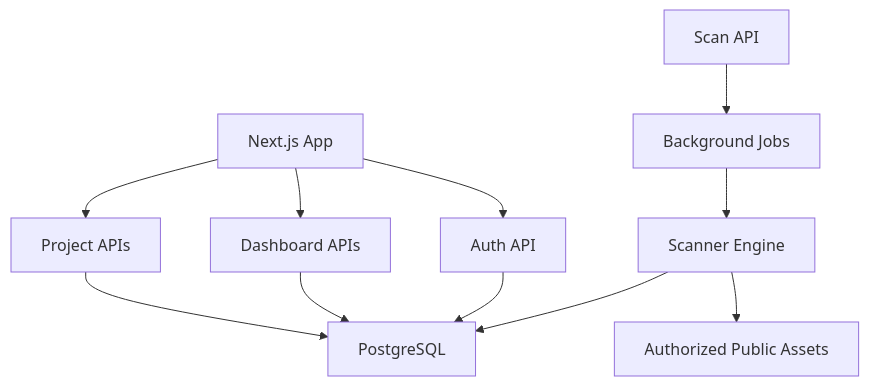
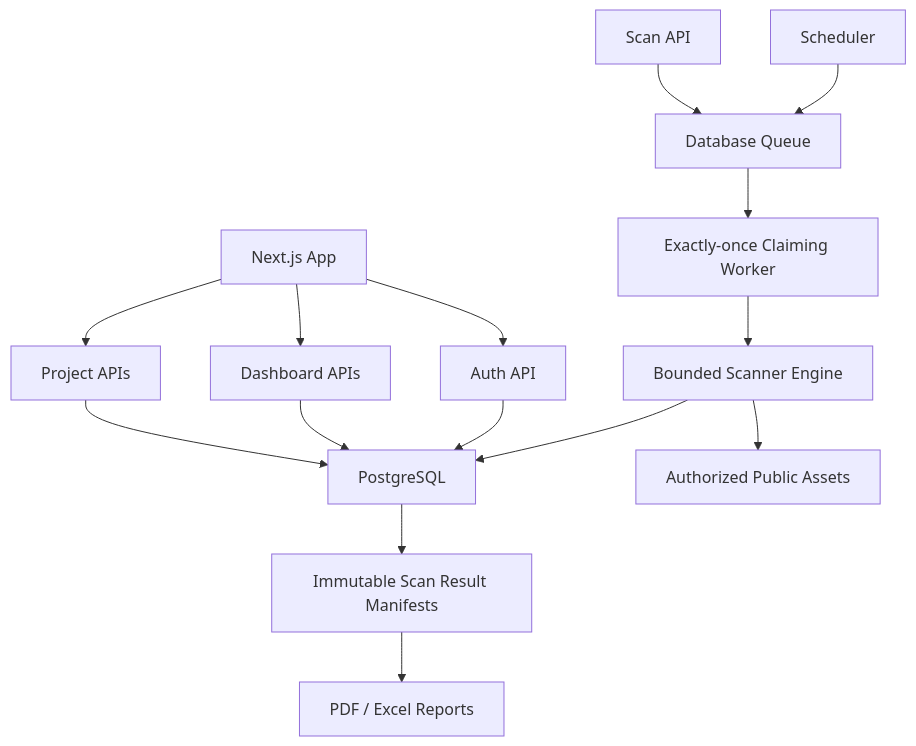
Before and after one commit to Ayaan-22/SurfaceWatch: the diagram in docs/ARCHITECTURE.md, drawn with Mermaid. The commit also changed other lines of this file and 57 other files, not shown here.

First line of the commit message:
v2.0 Add atomic worker claiming and immutable manifests

````diff
--- a/docs/ARCHITECTURE.md
+++ b/docs/ARCHITECTURE.md
@@ -5,13 +5,17 @@
 ```mermaid
 flowchart TB
   Web["Next.js App"] --> Auth["Auth API"]
   Web --> Projects["Project APIs"]
   Web --> Dashboard["Dashboard APIs"]
   Projects --> DB["PostgreSQL"]
   Dashboard --> DB
   Auth --> DB
-  ScanAPI["Scan API"] --> Jobs["Background Jobs"]
-  Jobs --> Scanner["Scanner Engine"]
+  ScanAPI["Scan API"] --> Queue["Database Queue"]
+  Scheduler["Scheduler"] --> Queue
+  Queue --> Worker["Exactly-once Claiming Worker"]
+  Worker --> Scanner["Bounded Scanner Engine"]
   Scanner --> DB
   Scanner --> Internet["Authorized Public Assets"]
+  DB --> Manifest["Immutable Scan Result Manifests"]
+  Manifest --> Reports["PDF / Excel Reports"]
 ```
````
